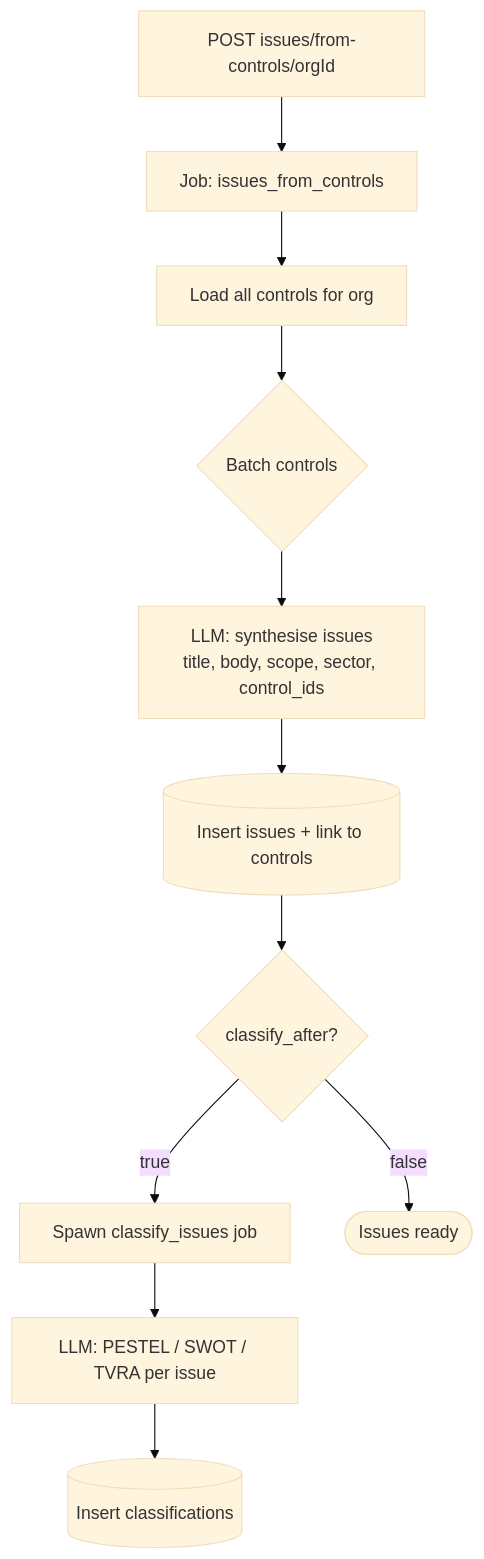
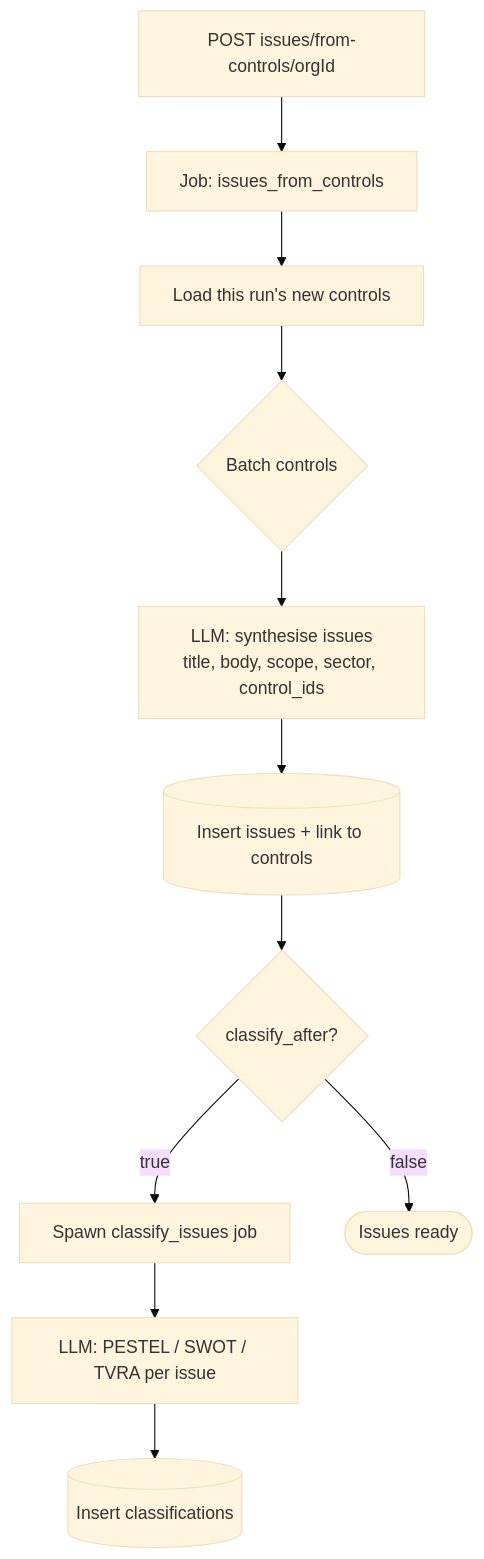
One commit to Rajman1221/iso-robot changed the diagram in mint-docs/flow/04-issues.mdx. Above: the diagram before and after it, drawn with Mermaid (base theme). The commit also changed other lines of this file and 11 other files, not shown here.

````diff
--- a/mint-docs/flow/04-issues.mdx
+++ b/mint-docs/flow/04-issues.mdx
@@ -44,13 +47,13 @@
 ```mermaid
 flowchart TD
     A[POST issues/from-controls/orgId] --> B[Job: issues_from_controls]
-    B --> C[Load all controls for org]
+    B --> C[Load this run's new controls]
     C --> D{Batch controls}
     D --> E[LLM: synthesise issues<br/>title, body, scope, sector, control_ids]
     E --> F[(Insert issues + link to controls)]
     F --> G{classify_after?}
     G -- true --> H[Spawn classify_issues job]
     G -- false --> I([Issues ready])
     H --> J[LLM: PESTEL / SWOT / TVRA per issue]
     J --> K[(Insert classifications)]
 ```
````
